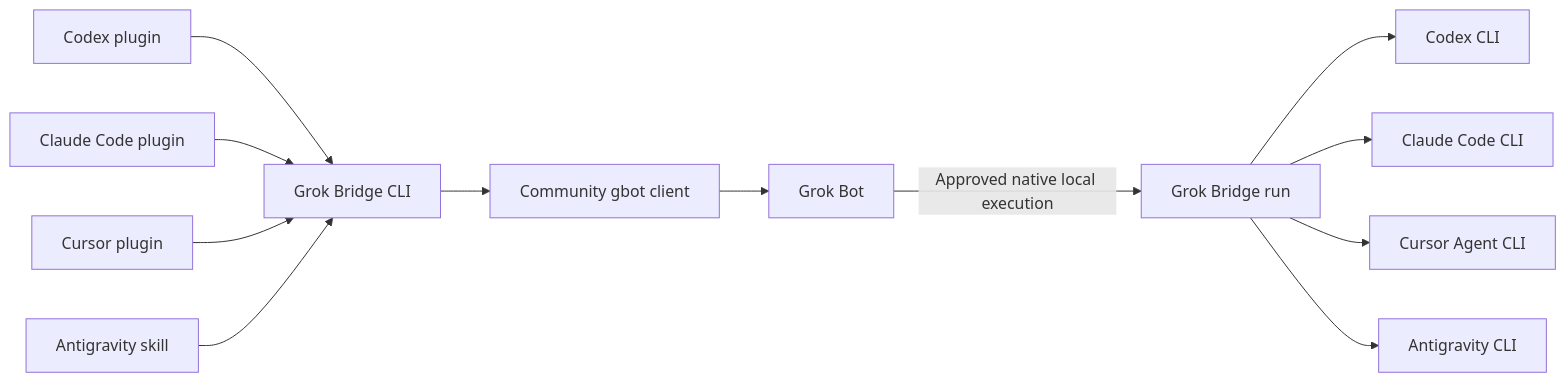
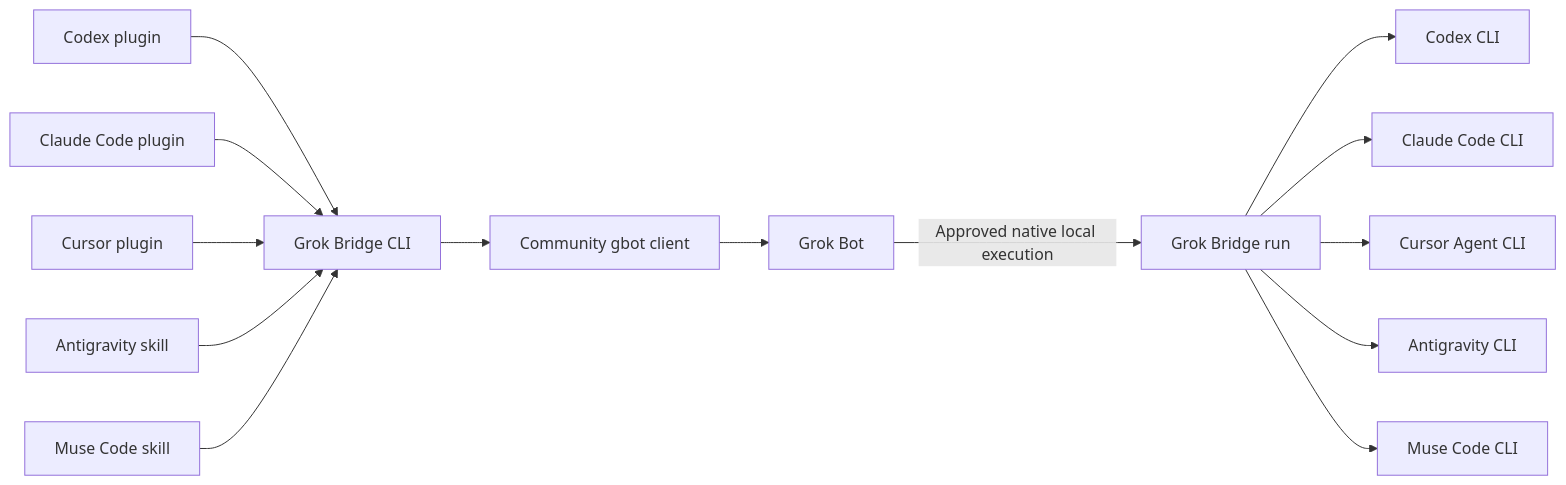
The diagram in docs/architecture.md (niharnm/grok-bridge), drawn with Mermaid before and after one commit. The commit also changed other lines of this file and 22 other files, not shown here.

First line of the commit message:
Add Muse Code as a coding destination

````diff
--- a/docs/architecture.md
+++ b/docs/architecture.md
@@ -25,14 +25,16 @@
 ```mermaid
 flowchart LR
   C[Codex plugin] --> B[Grok Bridge CLI]
   A[Claude Code plugin] --> B
   CU[Cursor plugin] --> B
   AG[Antigravity skill] --> B
+  MU[Muse Code skill] --> B
   B --> G[Community gbot client]
   G --> GB[Grok Bot]
   GB -->|Approved native local execution| R[Grok Bridge run]
   R --> CX[Codex CLI]
   R --> CC[Claude Code CLI]
   R --> CUR[Cursor Agent CLI]
   R --> AGY[Antigravity CLI]
+  R --> MUSE[Muse Code CLI]
 ```
````
